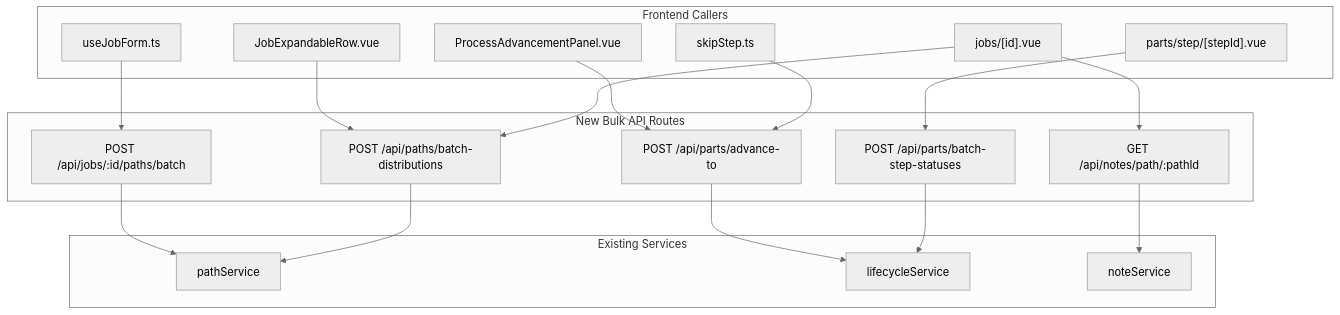
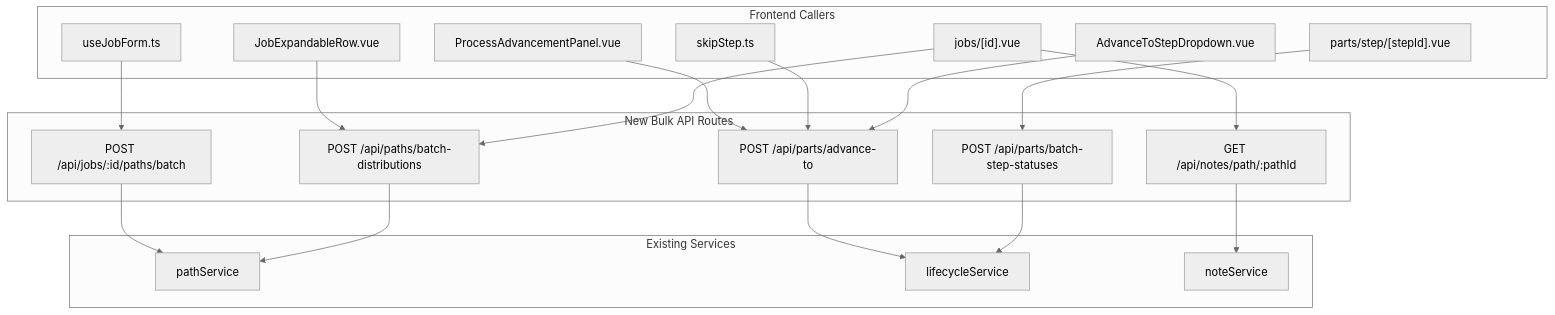
One commit to XanderLuciano/shop-planr changed the diagram in .kiro/specs/bulk-api-endpoints/design.md. Above: the diagram before and after it, drawn with Mermaid (neutral theme). The commit also changed other lines of this file and 2 other files, not shown here.

Commit message:
chore: add AdvanceToStepDropdown as bulk endpoint caller per decision to unify all advance-to calls

````diff
--- a/.kiro/specs/bulk-api-endpoints/design.md
+++ b/.kiro/specs/bulk-api-endpoints/design.md
@@ -11,34 +11,36 @@
 ```mermaid
 graph TD
     subgraph "Frontend Callers"
         JF[useJobForm.ts]
         PAP[ProcessAdvancementPanel.vue]
         SS[skipStep.ts]
+        ATD[AdvanceToStepDropdown.vue]
         JD["jobs/[id].vue"]
         SV["parts/step/[stepId].vue"]
         JER[JobExpandableRow.vue]
     end
 
     subgraph "New Bulk API Routes"
         BPO["POST /api/jobs/:id/paths/batch"]
         BAT["POST /api/parts/advance-to"]
         BNP["GET /api/notes/path/:pathId"]
         BSS["POST /api/parts/batch-step-statuses"]
         BPD["POST /api/paths/batch-distributions"]
     end
 
     subgraph "Existing Services"
         PS[pathService]
         LS[lifecycleService]
         NS[noteService]
     end
 
     JF --> BPO --> PS
     PAP --> BAT --> LS
     SS --> BAT
+    ATD --> BAT
     JD --> BNP --> NS
     SV --> BSS --> LS
     JER --> BPD --> PS
     JD --> BPD
 
 ```
````
